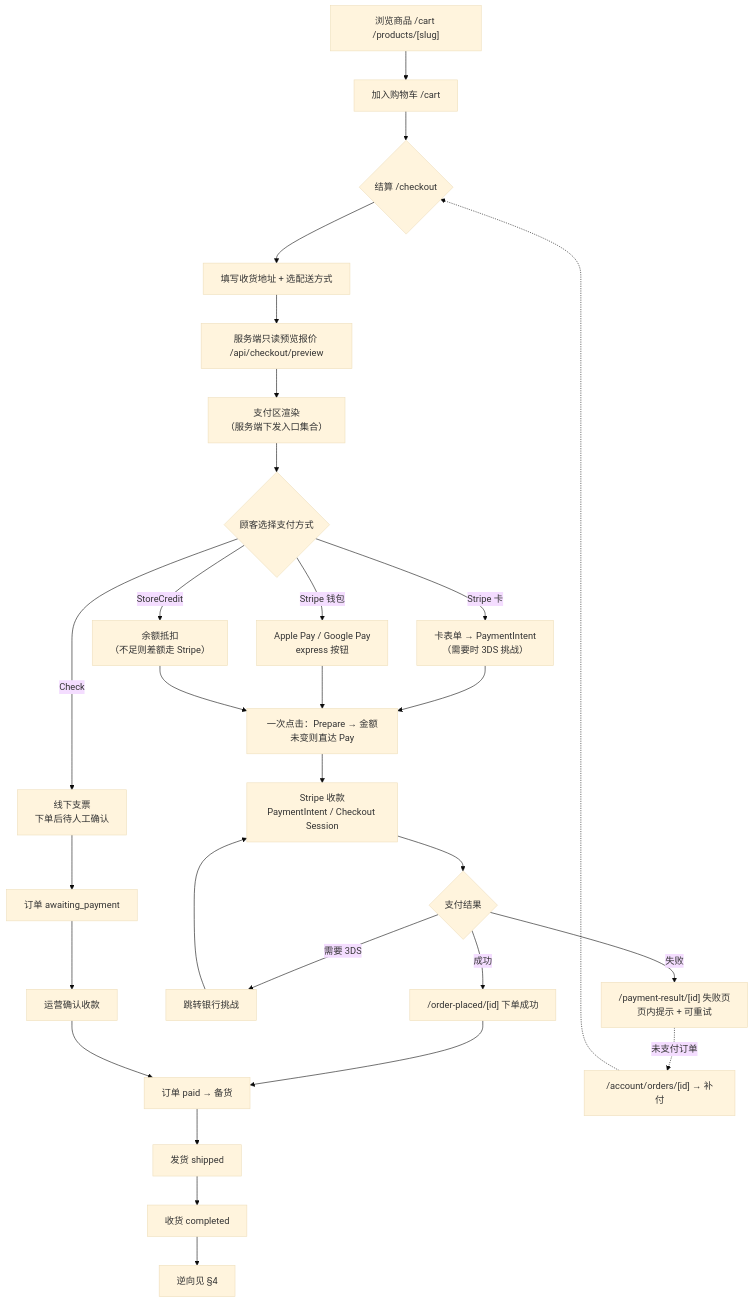
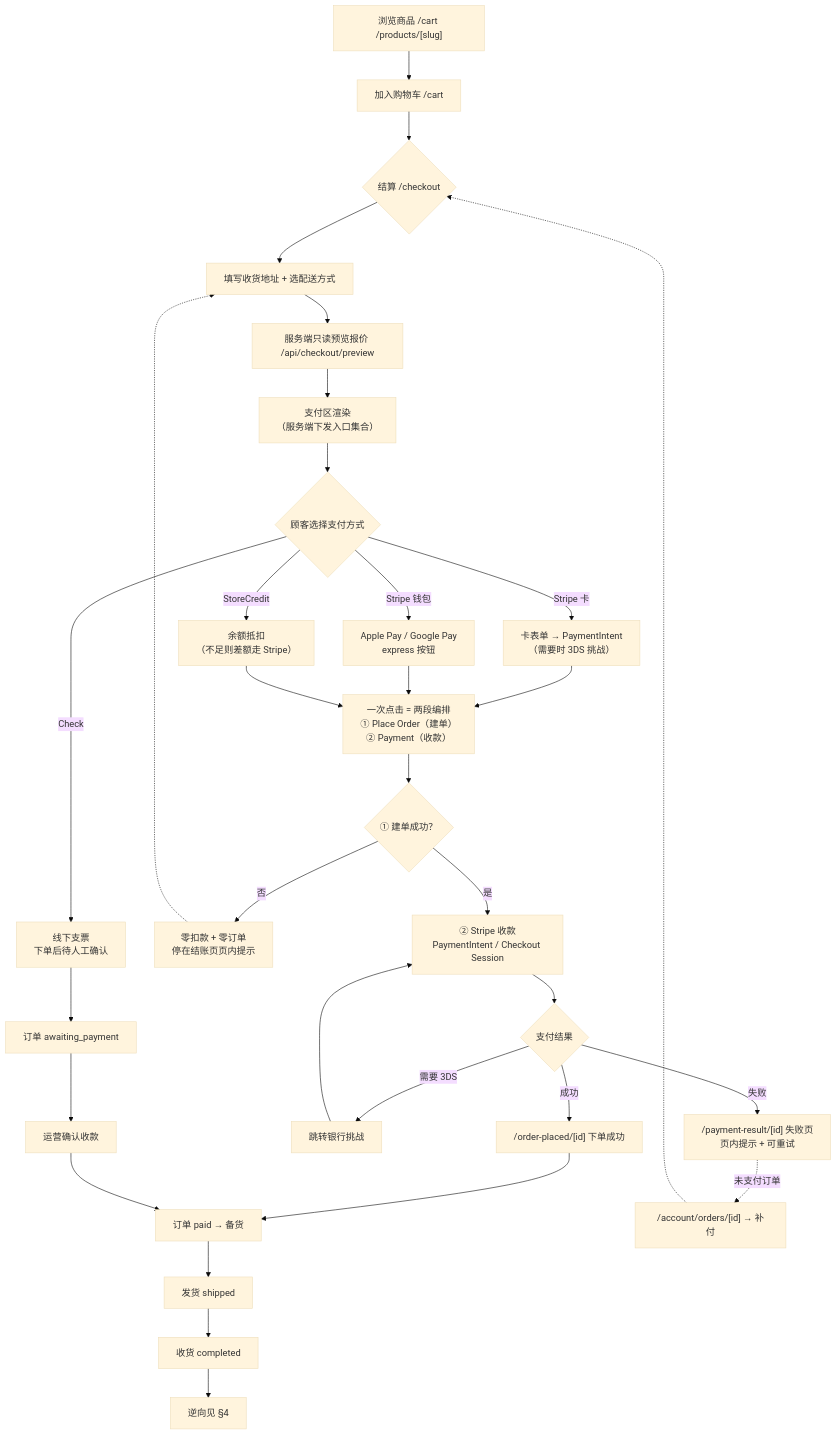
Before and after one commit to stevenbian9266-cyber/pallastrade: the third of 15 diagrams in docs/design/payment-convergence-stripe-only.md, drawn with Mermaid (base theme). The commit also changed other lines of this file, not shown here.

First line of the commit message:
研究：下单编排加入显式 Place Order 阶段（点击付款 → 先下单 → 成功再付款）

````diff
--- a/docs/design/payment-convergence-stripe-only.md
+++ b/docs/design/payment-convergence-stripe-only.md
@@ -98,27 +230,30 @@
 ```mermaid
 flowchart TB
   A["浏览商品 /cart /products/[slug]"] --> B["加入购物车 /cart"]
   B --> C{"结算 /checkout"}
   C --> D["填写收货地址 + 选配送方式"]
   D --> E["服务端只读预览报价 /api/checkout/preview"]
   E --> F["支付区渲染<br/>（服务端下发入口集合）"]
   F --> G{"顾客选择支付方式"}
   G -->|Stripe 卡| H1["卡表单 → PaymentIntent<br/>（需要时 3DS 挑战）"]
   G -->|Stripe 钱包| H2["Apple Pay / Google Pay<br/>express 按钮"]
   G -->|Check| H3["线下支票<br/>下单后待人工确认"]
   G -->|StoreCredit| H4["余额抵扣<br/>（不足则差额走 Stripe）"]
-  H1 & H2 --> I["一次点击：Prepare → 金额未变则直达 Pay"]
+  H1 & H2 --> I["一次点击 = 两段编排<br/>① Place Order（建单）<br/>② Payment（收款）"]
   H4 --> I
-  I --> J["Stripe 收款<br/>PaymentIntent / Checkout Session"]
+  I --> I1{"① 建单成功？"}
+  I1 -->|否| I2["零扣款 + 零订单<br/>停在结账页页内提示"]
+  I2 -.-> D
+  I1 -->|是| J["② Stripe 收款<br/>PaymentIntent / Checkout Session"]
   J --> K{"支付结果"}
   K -->|成功| L["/order-placed/[id] 下单成功"]
   K -->|需要 3DS| M["跳转银行挑战"] --> J
   K -->|失败| N["/payment-result/[id] 失败页<br/>页内提示 + 可重试"]
   H3 --> O["订单 awaiting_payment"]
   L --> P["订单 paid → 备货"]
   O --> Q["运营确认收款"] --> P
   P --> R["发货 shipped"] --> S["收货 completed"]
   N -.->|未支付订单| T["/account/orders/[id] → 补付"]
   T -.-> C
   S --> U["逆向见 §4"]
 ```
````
